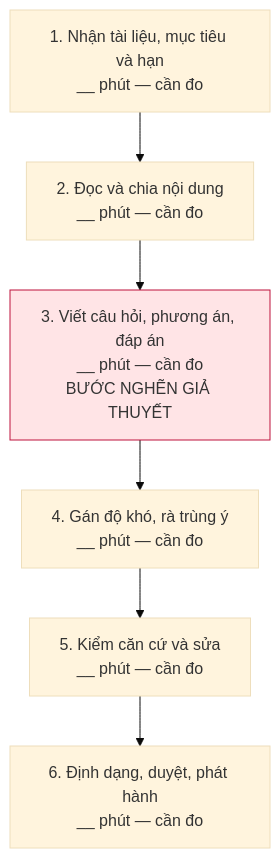
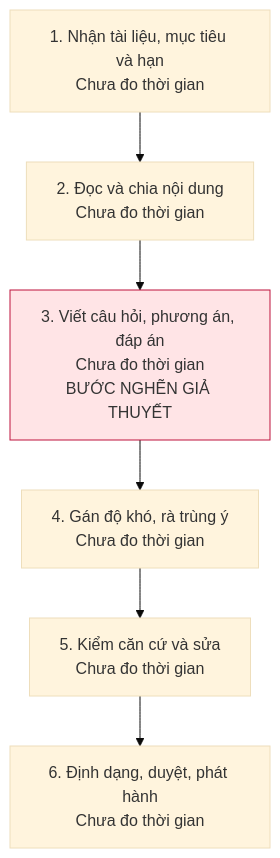
One commit to TuHoAnh/K5-L3B-DAY02-VanMinh-DiscoveryProblemFraming changed the first of 3 diagrams in report/individual/2A202603819_LeThanhTung.md. Above: the diagram before and after it, drawn with Mermaid (base theme). The commit also changed other lines of this file and 2 other files, not shown here.

````diff
--- a/report/individual/2A202603819_LeThanhTung.md
+++ b/report/individual/2A202603819_LeThanhTung.md
@@ -65,9 +65,9 @@
 ```mermaid
 flowchart TD
-  A["1. Nhận tài liệu, mục tiêu và hạn<br/>__ phút — cần đo"] --> B["2. Đọc và chia nội dung<br/>__ phút — cần đo"]
-  B --> C["3. Viết câu hỏi, phương án, đáp án<br/>__ phút — cần đo<br/>BƯỚC NGHẼN GIẢ THUYẾT"]
-  C --> D["4. Gán độ khó, rà trùng ý<br/>__ phút — cần đo"]
-  D --> E["5. Kiểm căn cứ và sửa<br/>__ phút — cần đo"]
-  E --> F["6. Định dạng, duyệt, phát hành<br/>__ phút — cần đo"]
+  A["1. Nhận tài liệu, mục tiêu và hạn<br/>Chưa đo thời gian"] --> B["2. Đọc và chia nội dung<br/>Chưa đo thời gian"]
+  B --> C["3. Viết câu hỏi, phương án, đáp án<br/>Chưa đo thời gian<br/>BƯỚC NGHẼN GIẢ THUYẾT"]
+  C --> D["4. Gán độ khó, rà trùng ý<br/>Chưa đo thời gian"]
+  D --> E["5. Kiểm căn cứ và sửa<br/>Chưa đo thời gian"]
+  E --> F["6. Định dạng, duyệt, phát hành<br/>Chưa đo thời gian"]
   style C fill:#ffe4e6,stroke:#be123c
 ```
````
